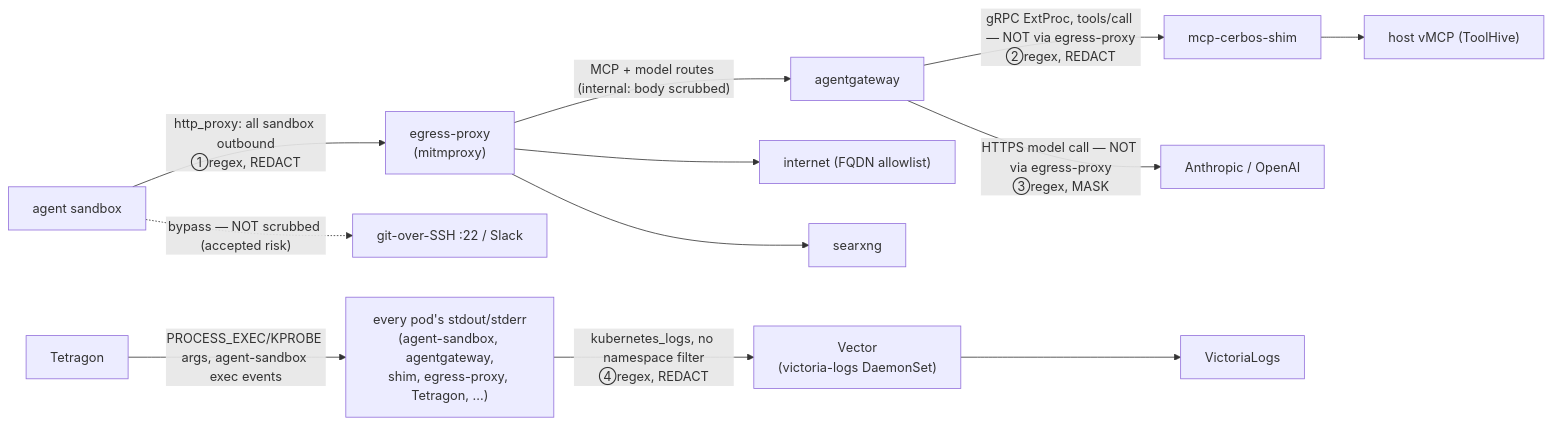
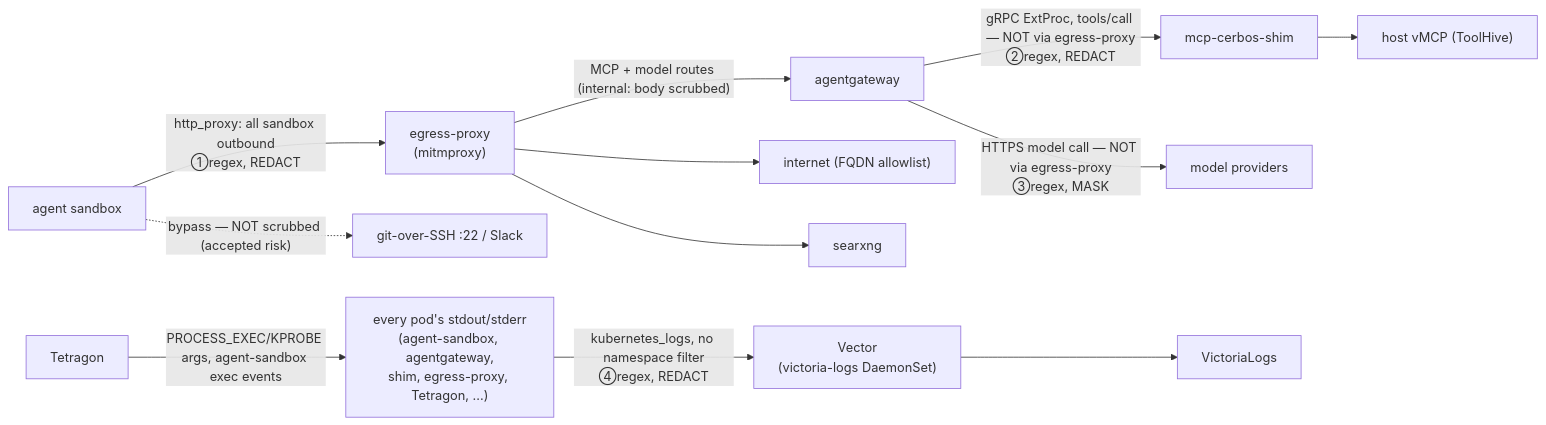
One commit to christensenjairus/Vicegerent-Agents changed the diagram in docs/secrets-and-pii-redaction.md. Above: the diagram before and after it, drawn with Mermaid. The commit also changed other lines of this file and 10 other files, not shown here.

````diff
--- a/docs/secrets-and-pii-redaction.md
+++ b/docs/secrets-and-pii-redaction.md
@@ -54,28 +54,28 @@
 ```mermaid
 flowchart LR
     H[agent sandbox]
     EP["egress-proxy<br/>(mitmproxy)"]
     AGW[agentgateway]
     SHIM[mcp-cerbos-shim]
     VMCP["host vMCP (ToolHive)"]
-    LLM["Anthropic / OpenAI"]
+    LLM["model providers"]
     NET["internet (FQDN allowlist)"]
     SX[searxng]
     DIRECT["git-over-SSH :22 / Slack"]
     TETRA[Tetragon]
     ALLPODS["every pod's stdout/stderr<br/>(agent-sandbox, agentgateway,<br/>shim, egress-proxy, Tetragon, ...)"]
     VECTOR["Vector<br/>(victoria-logs DaemonSet)"]
     VLOGS[VictoriaLogs]
 
     H -->|"http_proxy: all sandbox outbound<br/>①regex, REDACT"| EP
     EP -->|"MCP + model routes (internal: body scrubbed)"| AGW
     EP --> NET
     EP --> SX
     AGW -->|"gRPC ExtProc, tools/call — NOT via egress-proxy<br/>②regex, REDACT"| SHIM
     SHIM --> VMCP
     AGW -->|"HTTPS model call — NOT via egress-proxy<br/>③regex, MASK"| LLM
     H -.->|"bypass — NOT scrubbed (accepted risk)"| DIRECT
     TETRA -->|"PROCESS_EXEC/KPROBE args, agent-sandbox exec events"| ALLPODS
     ALLPODS -->|"kubernetes_logs, no namespace filter<br/>④regex, REDACT"| VECTOR
     VECTOR --> VLOGS
 ```
````
